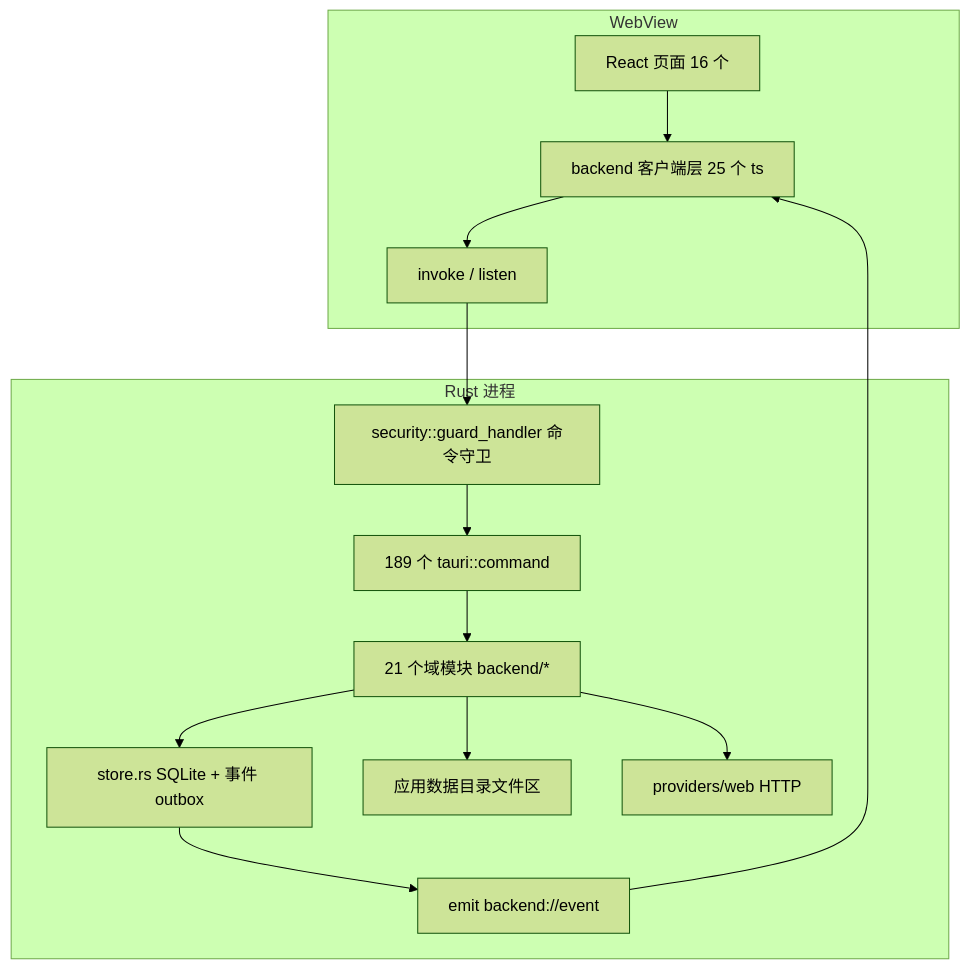
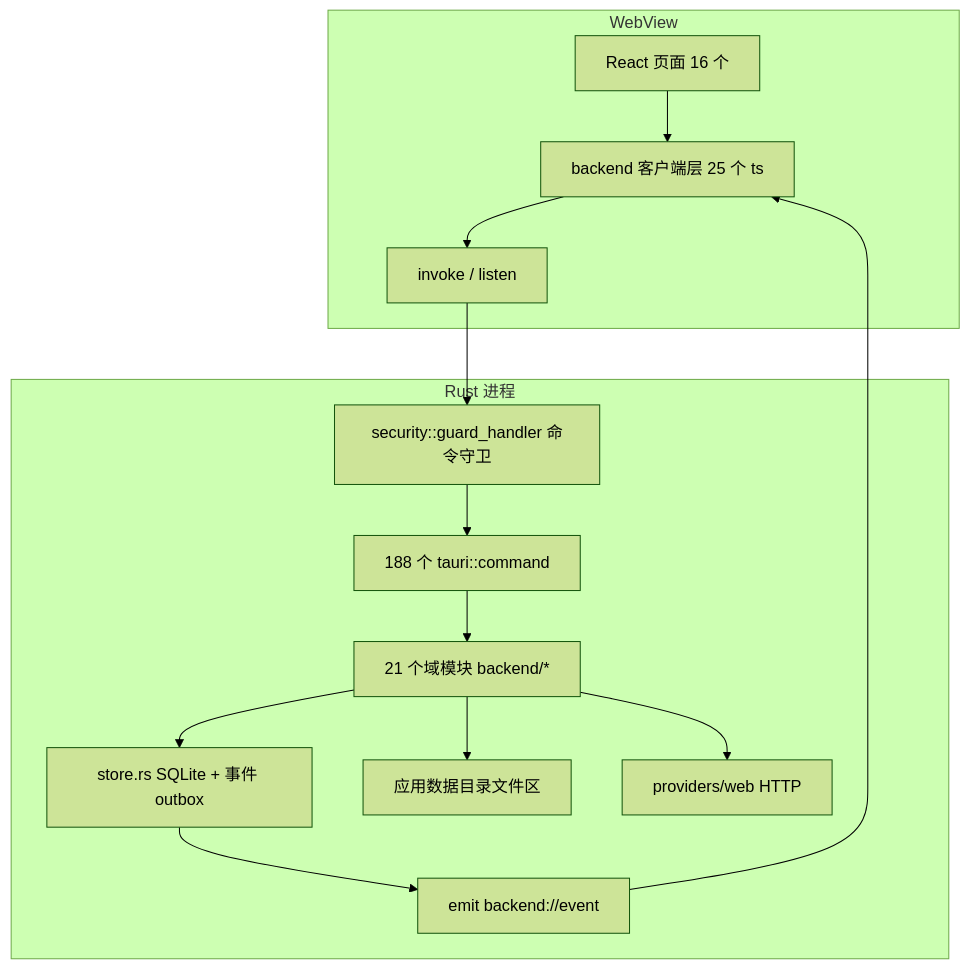
One commit to hershate/Deep-tutor changed the first of 5 diagrams in docs/architecture/01-architecture.md. Above: the diagram before and after it, drawn with Mermaid (forest theme). The commit also changed other lines of this file and 5 other files, not shown here.

First line of the commit message:
docs(architecture): 132#1-#19 文档漂移全量重对 + 131#9 dev-smoke 非 Windows 分支顺序修正

````diff
--- a/docs/architecture/01-architecture.md
+++ b/docs/architecture/01-architecture.md
@@ -9,17 +9,17 @@
 ```mermaid
 graph TD
     subgraph WebView
         P[React 页面 16 个] --> CL[backend 客户端层 25 个 ts]
         CL --> IP[invoke / listen]
     end
     subgraph Rust 进程
         IP --> GH[security::guard_handler 命令守卫]
-        GH --> CMD[189 个 tauri::command]
+        GH --> CMD[188 个 tauri::command]
         CMD --> DOM[21 个域模块 backend/*]
         DOM --> ST[store.rs SQLite + 事件 outbox]
         DOM --> FS[应用数据目录文件区]
         DOM --> NET[providers/web HTTP]
         ST --> EMIT[emit backend://event]
     end
     EMIT --> CL
 ```
````
